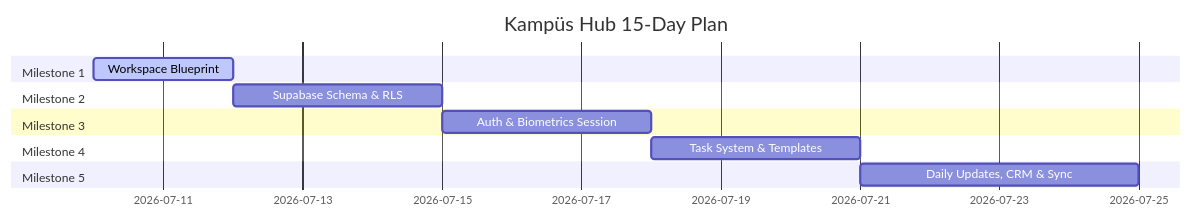
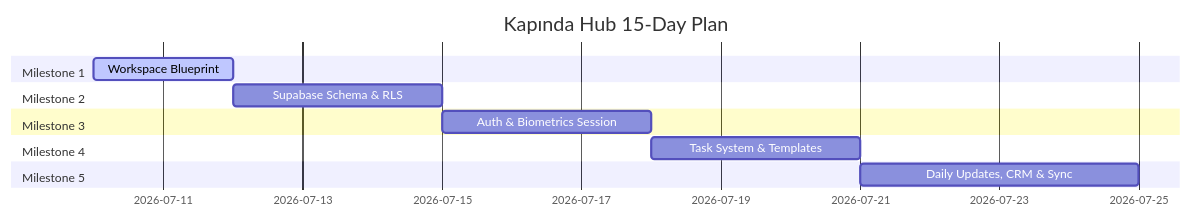
The diagram in docs/milestones_plan.md (tankilicresul/kampus-hub), drawn with Mermaid before and after one commit. The commit also changed other lines of this file and 71 other files, not shown here.

Commit message:
feat: rebrand internal UI to Kampüs Kapında CRM, update SEO meta for Kampüs Kapında Hub

````diff
--- a/docs/milestones_plan.md
+++ b/docs/milestones_plan.md
@@ -9,15 +9,15 @@
 ```mermaid
 gantt
-    title Kampüs Hub 15-Day Plan
+    title Kapında Hub 15-Day Plan
     dateFormat  YYYY-MM-DD
     section Milestone 1
     Workspace Blueprint       :active, m1, 2026-07-10, 2d
     section Milestone 2
     Supabase Schema & RLS    : m2, after m1, 3d
     section Milestone 3
     Auth & Biometrics Session : m3, after m2, 3d
     section Milestone 4
     Task System & Templates   : m4, after m3, 3d
     section Milestone 5
     Daily Updates, CRM & Sync : m5, after m4, 4d
 ```
````
